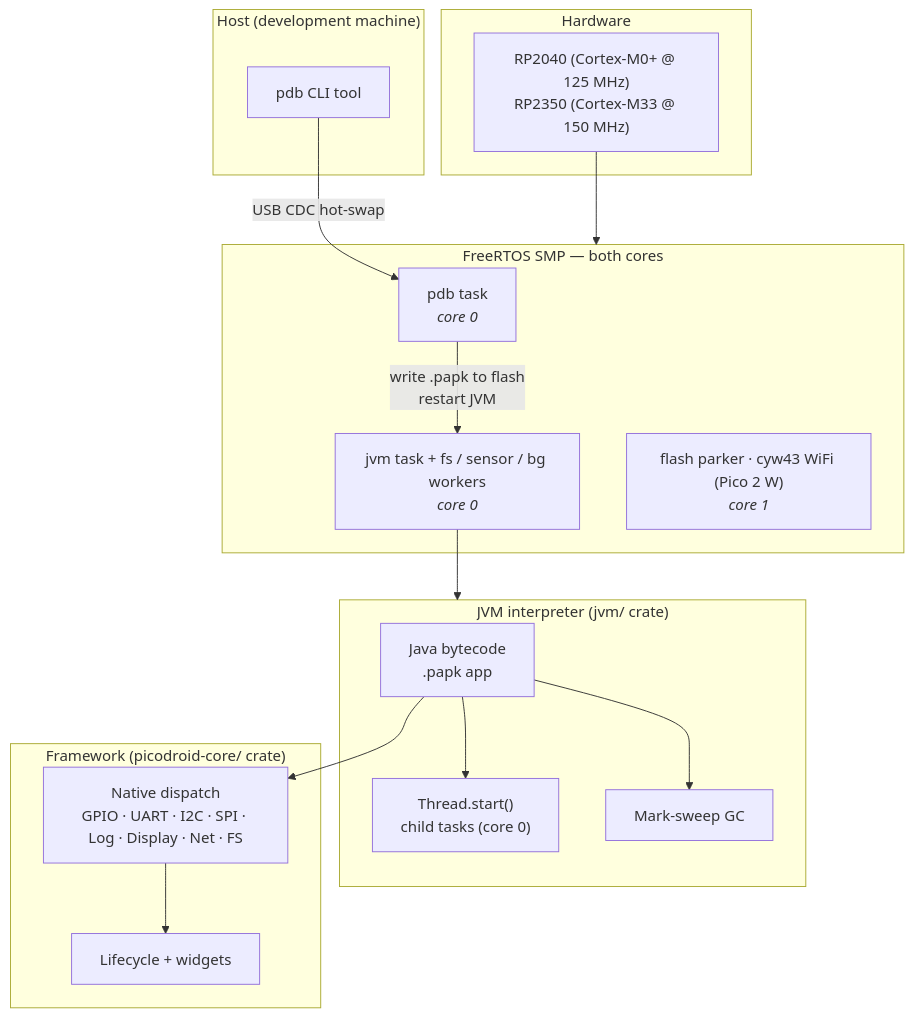
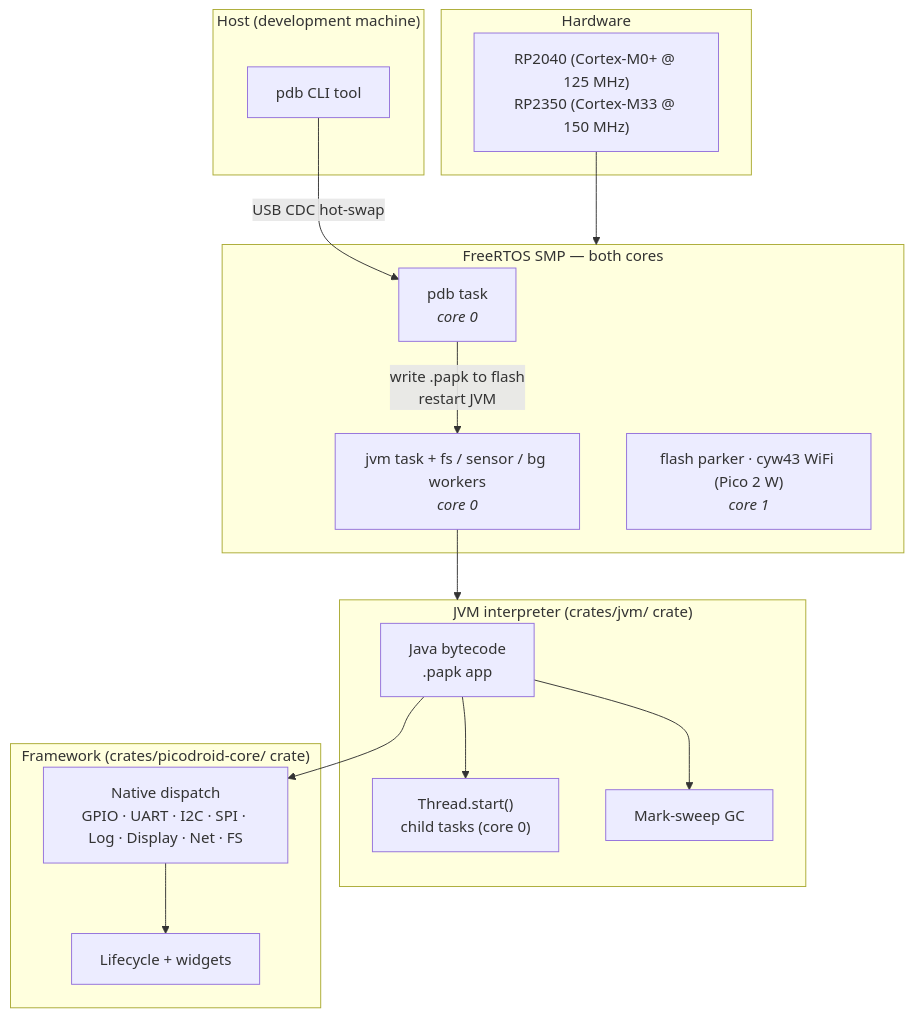
Before and after one commit to shivrajora/picodroid-rs: the diagram in website/src/content/docs/project/architecture.md, drawn with Mermaid. The commit also changed other lines of this file and 378 other files, not shown here.

````diff
--- a/website/src/content/docs/project/architecture.md
+++ b/website/src/content/docs/project/architecture.md
@@ -12,37 +12,37 @@
 ```mermaid
 graph TD
     subgraph Host["Host (development machine)"]
         PDB_CLI["pdb CLI tool"]
     end
 
     subgraph HW["Hardware"]
         SILICON["RP2040 (Cortex-M0+ @ 125 MHz)<br/>RP2350 (Cortex-M33 @ 150 MHz)"]
     end
 
     subgraph RTOS["FreeRTOS SMP — both cores"]
         PDB["pdb task<br/><i>core 0</i>"]
         JVM_TASK["jvm task + fs / sensor / bg workers<br/><i>core 0</i>"]
         CORE1["flash parker · cyw43 WiFi (Pico 2 W)<br/><i>core 1</i>"]
     end
 
-    subgraph JVM["JVM interpreter (jvm/ crate)"]
+    subgraph JVM["JVM interpreter (crates/jvm/ crate)"]
         BC["Java bytecode<br/>.papk app"]
         THREADS["Thread.start()<br/>child tasks (core 0)"]
         GC["Mark-sweep GC"]
     end
 
-    subgraph CORE["Framework (picodroid-core/ crate)"]
+    subgraph CORE["Framework (crates/picodroid-core/ crate)"]
         NATIVE["Native dispatch<br/>GPIO · UART · I2C · SPI · Log · Display · Net · FS"]
         LIFECYCLE["Lifecycle + widgets"]
     end
 
     SILICON --> RTOS
     JVM_TASK --> JVM
     BC --> THREADS
     BC --> GC
     BC --> NATIVE
     NATIVE --> LIFECYCLE
 
     PDB_CLI -- "USB CDC hot-swap" --> PDB
     PDB -- "write .papk to flash<br/>restart JVM" --> JVM_TASK
 ```
````
